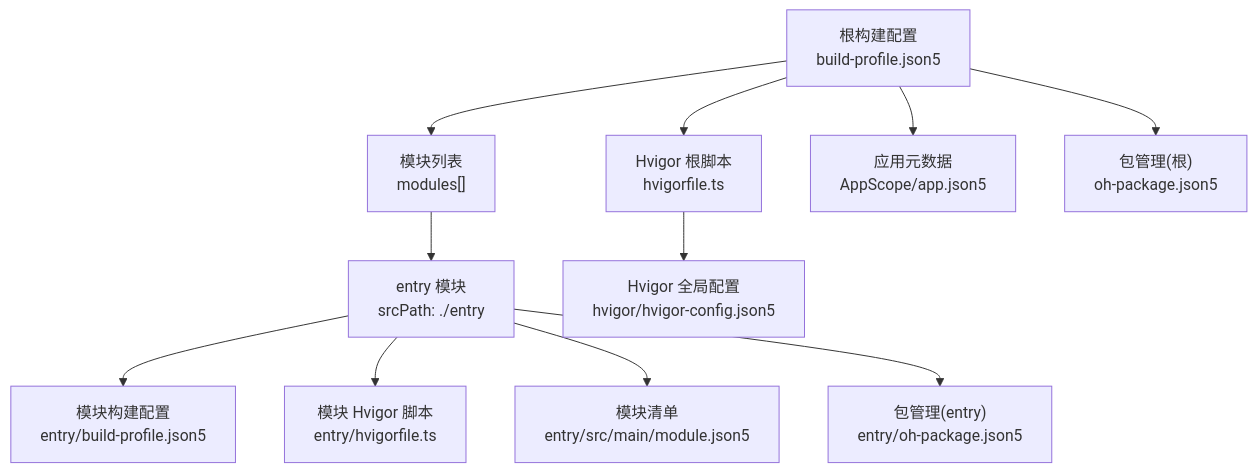
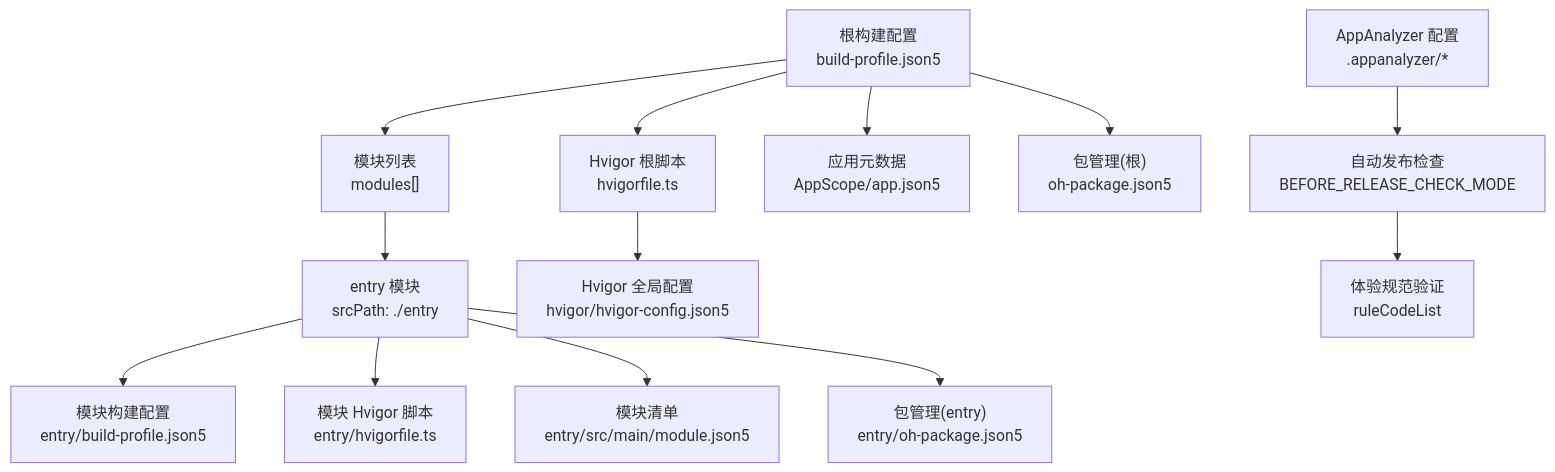
One commit to sj123sheng/my-world changed the first of 7 diagrams in .qoder/repowiki/zh/content/构建与部署/构建配置.md. Above: the diagram before and after it, drawn with Mermaid. The commit also changed other lines of this file and 160 other files, not shown here.

````diff
--- a/.qoder/repowiki/zh/content/构建与部署/构建配置.md
+++ b/.qoder/repowiki/zh/content/构建与部署/构建配置.md
@@ -51,13 +62,15 @@
 ```mermaid
 graph TB
 A["根构建配置<br/>build-profile.json5"] --> B["Hvigor 根脚本<br/>hvigorfile.ts"]
 A --> C["模块列表<br/>modules[]"]
 C --> D["entry 模块<br/>srcPath: ./entry"]
 D --> E["模块构建配置<br/>entry/build-profile.json5"]
 D --> F["模块 Hvigor 脚本<br/>entry/hvigorfile.ts"]
 B --> G["Hvigor 全局配置<br/>hvigor/hvigor-config.json5"]
 A --> H["应用元数据<br/>AppScope/app.json5"]
 D --> I["模块清单<br/>entry/src/main/module.json5"]
 A --> J["包管理(根)<br/>oh-package.json5"]
 D --> K["包管理(entry)<br/>entry/oh-package.json5"]
+L["AppAnalyzer 配置<br/>.appanalyzer/*"] --> M["自动发布检查<br/>BEFORE_RELEASE_CHECK_MODE"]
+M --> N["体验规范验证<br/>ruleCodeList"]
 ```
````
